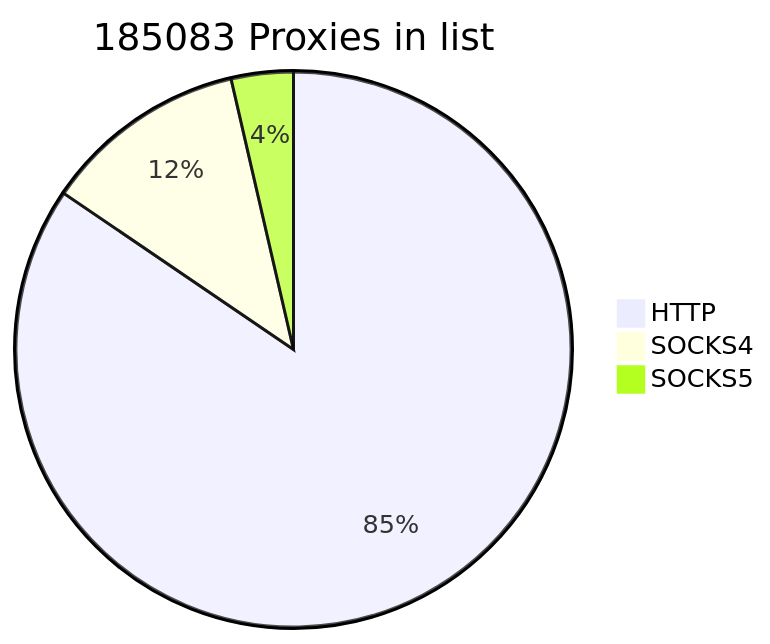
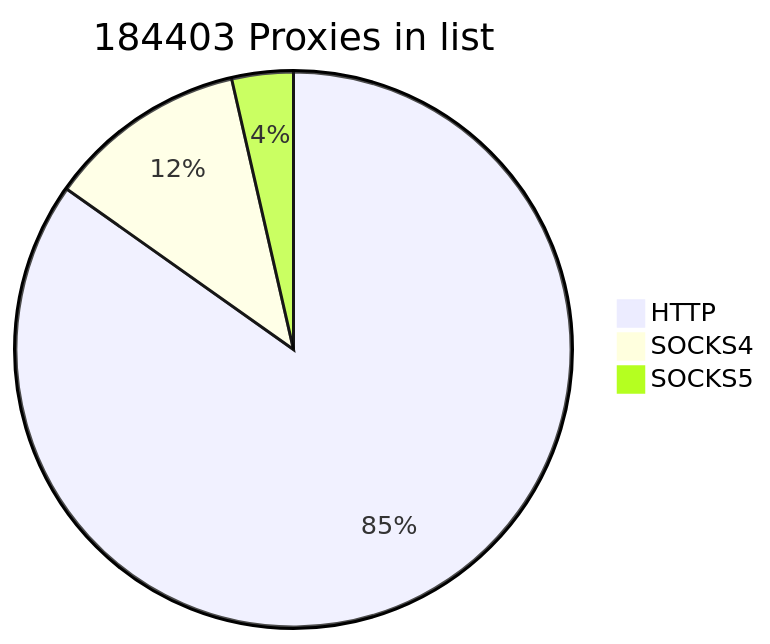
Before and after one commit to cutipu/proxylist: the first of 2 diagrams in README.md, drawn with Mermaid. The commit also changed other lines of this file, not shown here.

````diff
--- a/README.md
+++ b/README.md
@@ -2,7 +2,7 @@
 ```mermaid
-pie title 185083 Proxies in list
-    "HTTP" : 156402
-    "SOCKS4" : 22002
-    "SOCKS5" : 6679
+pie title 184403 Proxies in list
+    "HTTP" : 156382
+    "SOCKS4" : 21425
+    "SOCKS5" : 6596
             
 ```
````
